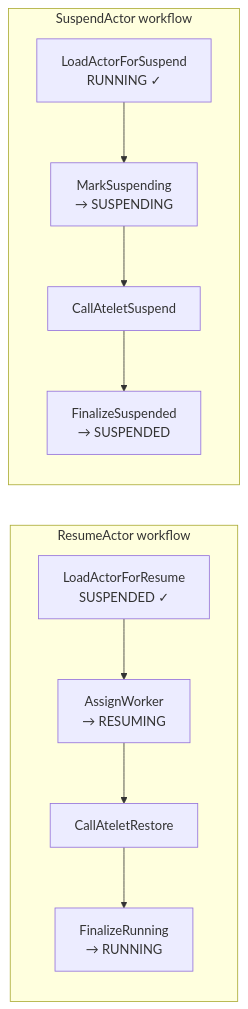
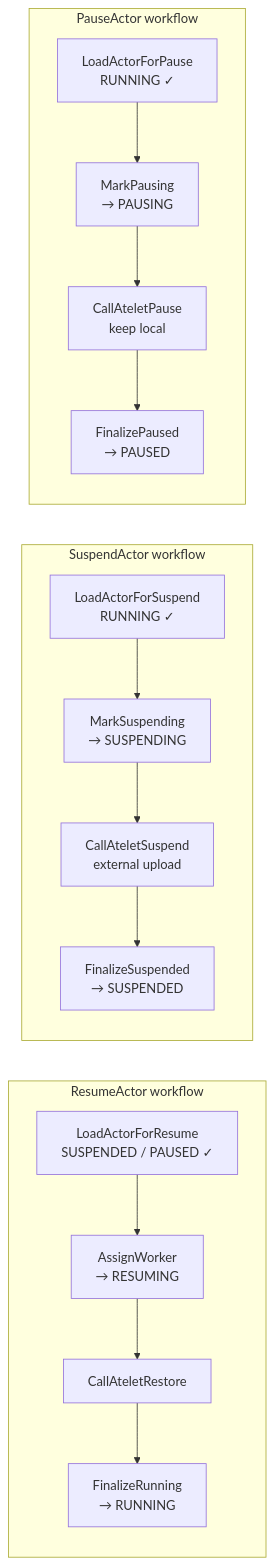
The second of 2 diagrams in atlas/src/content/docs/flows/actor-lifecycle.mdx (christian-posta/substrate), drawn with Mermaid before and after one commit. The commit also changed other lines of this file and 28 other files, not shown here.

````diff
--- a/atlas/src/content/docs/flows/actor-lifecycle.mdx
+++ b/atlas/src/content/docs/flows/actor-lifecycle.mdx
@@ -63,18 +119,26 @@
 ```mermaid
 flowchart LR
   subgraph WF_Resume["ResumeActor workflow"]
-    R1[LoadActorForResume<br/>SUSPENDED ✓]
+    R1[LoadActorForResume<br/>SUSPENDED / PAUSED ✓]
     R2[AssignWorker<br/>→ RESUMING]
     R3[CallAteletRestore]
     R4[FinalizeRunning<br/>→ RUNNING]
     R1 --> R2 --> R3 --> R4
   end
 
   subgraph WF_Suspend["SuspendActor workflow"]
     S1[LoadActorForSuspend<br/>RUNNING ✓]
     S2[MarkSuspending<br/>→ SUSPENDING]
-    S3[CallAteletSuspend]
+    S3[CallAteletSuspend<br/>external upload]
     S4[FinalizeSuspended<br/>→ SUSPENDED]
     S1 --> S2 --> S3 --> S4
   end
+
+  subgraph WF_Pause["PauseActor workflow"]
+    P1[LoadActorForPause<br/>RUNNING ✓]
+    P2[MarkPausing<br/>→ PAUSING]
+    P3[CallAteletPause<br/>keep local]
+    P4[FinalizePaused<br/>→ PAUSED]
+    P1 --> P2 --> P3 --> P4
+  end
 ```
````
